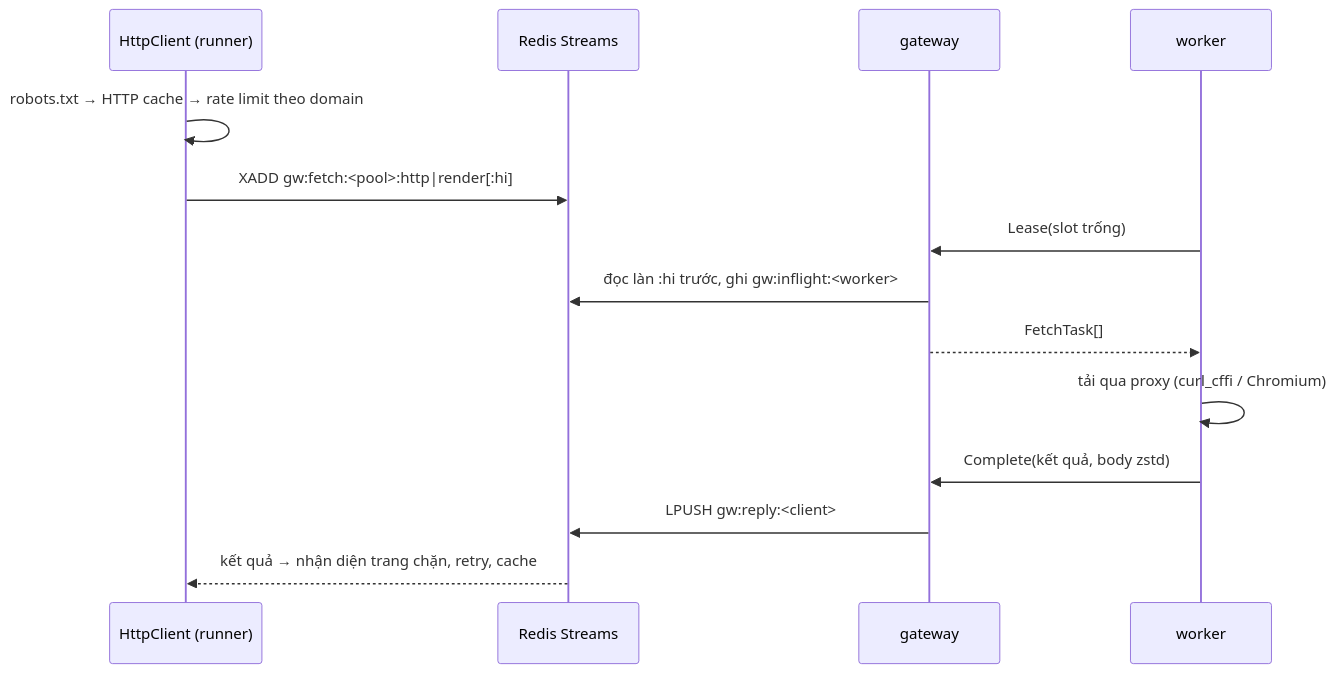
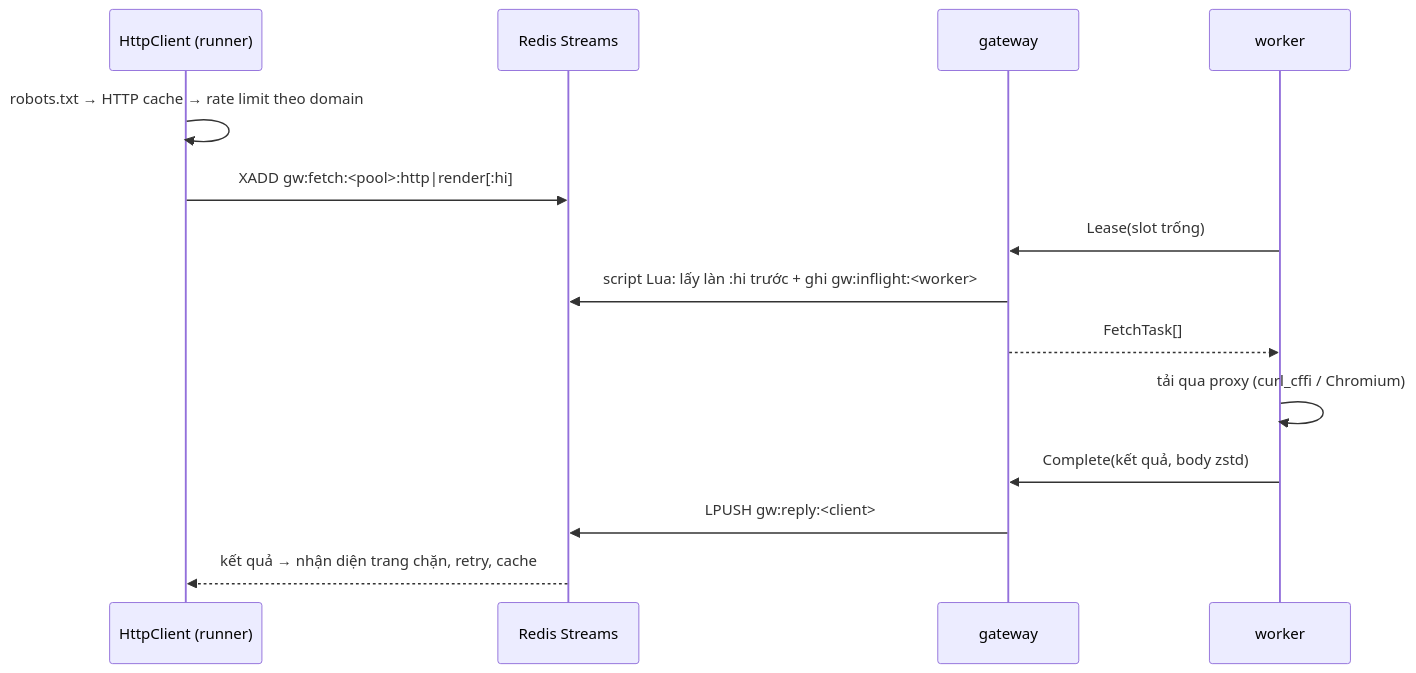
The second of 2 diagrams in docs/ARCHITECTURE.md (ntthanh2603/job-crawler), drawn with Mermaid before and after one commit. The commit also changed other lines of this file and 32 other files, not shown here.

````diff
--- a/docs/ARCHITECTURE.md
+++ b/docs/ARCHITECTURE.md
@@ -178,16 +190,16 @@
 ```mermaid
 sequenceDiagram
   participant H as HttpClient (runner)
   participant R as Redis Streams
   participant G as gateway
   participant W as worker
   H->>H: robots.txt → HTTP cache → rate limit theo domain
   H->>R: XADD gw:fetch:<pool>:http|render[:hi]
   W->>G: Lease(slot trống)
-  G->>R: đọc làn :hi trước, ghi gw:inflight:<worker>
+  G->>R: script Lua: lấy làn :hi trước + ghi gw:inflight:<worker>
   G-->>W: FetchTask[]
   W->>W: tải qua proxy (curl_cffi / Chromium)
   W->>G: Complete(kết quả, body zstd)
   G->>R: LPUSH gw:reply:<client>
   R-->>H: kết quả → nhận diện trang chặn, retry, cache
 ```
````
